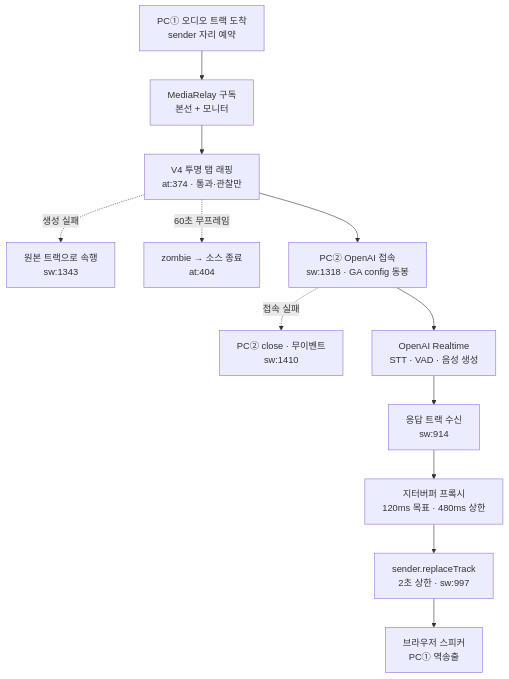
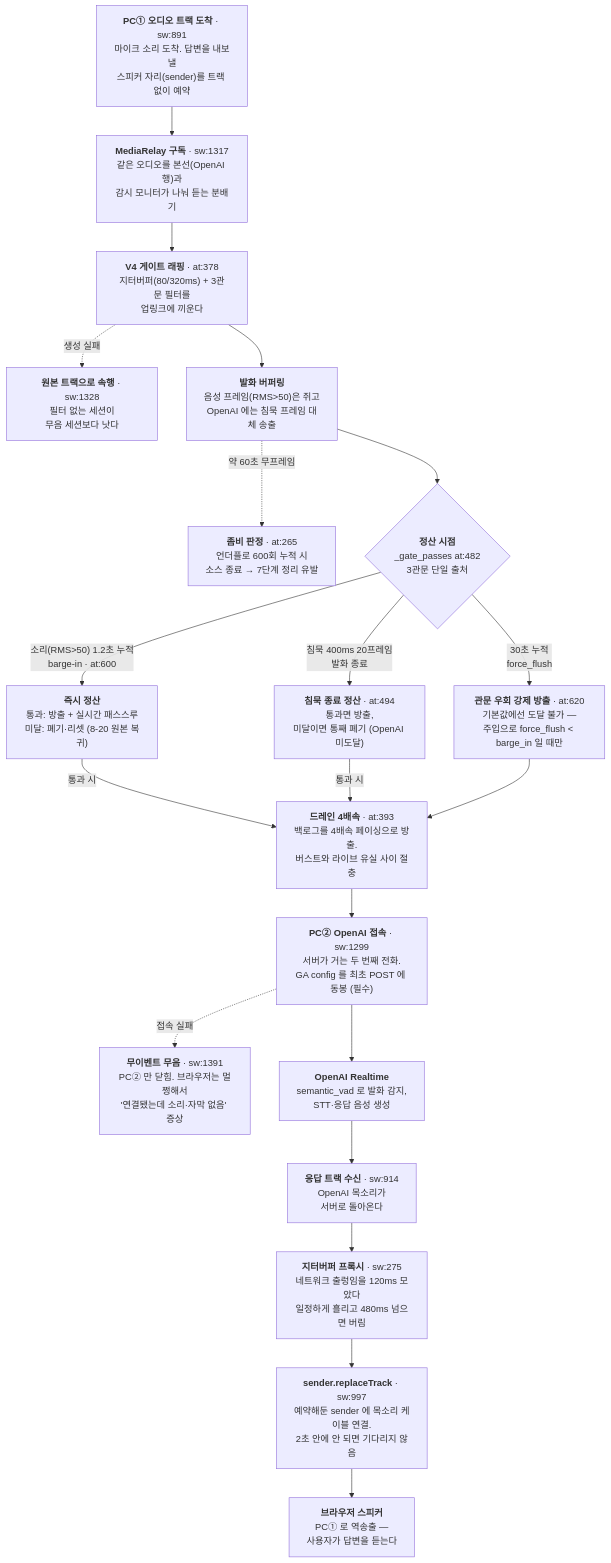
The third of 7 diagrams in 아사달/프로젝트/AI음성/AI음성 - 런타임 플로우.md (yeotaeho/asadal_obsidian), drawn with Mermaid before and after one commit. The commit also changed other lines of this file and 21 other files, not shown here.

````diff
--- a/아사달/프로젝트/AI음성/AI음성 - 런타임 플로우.md
+++ b/아사달/프로젝트/AI음성/AI음성 - 런타임 플로우.md
@@ -67,14 +82,22 @@
 ```mermaid
 flowchart TD
-    B1["PC① 오디오 트랙 도착<br/>sender 자리 예약"] --> B2["MediaRelay 구독<br/>본선 + 모니터"]
-    B2 --> B3["V4 투명 탭 래핑<br/>at:374 · 통과·관찰만"]
-    B3 -.->|"생성 실패"| Y1["원본 트랙으로 속행<br/>sw:1343"]
-    B3 -.->|"60초 무프레임"| Y2["zombie → 소스 종료<br/>at:404"]
-    B3 --> B4["PC② OpenAI 접속<br/>sw:1318 · GA config 동봉"]
-    B4 -.->|"접속 실패"| Y3["PC② close · 무이벤트<br/>sw:1410"]
-    B4 --> B5["OpenAI Realtime<br/>STT · VAD · 음성 생성"]
-    B5 --> B6["응답 트랙 수신<br/>sw:914"]
-    B6 --> B7["지터버퍼 프록시<br/>120ms 목표 · 480ms 상한"]
-    B7 --> B8["sender.replaceTrack<br/>2초 상한 · sw:997"]
-    B8 --> B9["브라우저 스피커<br/>PC① 역송출"]
+    B1["<b>PC① 오디오 트랙 도착</b> · sw:891<br/>마이크 소리 도착. 답변을 내보낼<br/>스피커 자리(sender)를 트랙 없이 예약"] --> B2["<b>MediaRelay 구독</b> · sw:1317<br/>같은 오디오를 본선(OpenAI 행)과<br/>감시 모니터가 나눠 듣는 분배기"]
+    B2 --> B3["<b>V4 게이트 래핑</b> · at:378<br/>지터버퍼(80/320ms) + 3관문 필터를<br/>업링크에 끼운다"]
+    B3 -.->|"생성 실패"| Y1["<b>원본 트랙으로 속행</b> · sw:1328<br/>필터 없는 세션이<br/>무음 세션보다 낫다"]
+    B3 --> B10["<b>발화 버퍼링</b><br/>음성 프레임(RMS>50)은 쥐고<br/>OpenAI 에는 침묵 프레임 대체 송출"]
+    B10 -.->|"약 60초 무프레임"| Y2["<b>좀비 판정</b> · at:265<br/>언더플로 600회 누적 시<br/>소스 종료 → 7단계 정리 유발"]
+    B10 --> B11{"<b>정산 시점</b><br/>_gate_passes at:482<br/>3관문 단일 출처"}
+    B11 -->|"소리(RMS>50) 1.2초 누적<br/>barge-in · at:600"| B12["<b>즉시 정산</b><br/>통과: 방출 + 실시간 패스스루<br/>미달: 폐기·리셋 (8-20 원본 복귀)"]
+    B11 -->|"침묵 400ms 20프레임<br/>발화 종료"| B13["<b>침묵 종료 정산</b> · at:494<br/>통과면 방출,<br/>미달이면 통째 폐기 (OpenAI 미도달)"]
+    B11 -->|"30초 누적<br/>force_flush"| B14["<b>관문 우회 강제 방출</b> · at:620<br/>기본값에선 도달 불가 —<br/>주입으로 force_flush < barge_in 일 때만"]
+    B12 -->|"통과 시"| B15["<b>드레인 4배속</b> · at:393<br/>백로그를 4배속 페이싱으로 방출.<br/>버스트와 라이브 유실 사이 절충"]
+    B13 -->|"통과 시"| B15
+    B14 --> B15
+    B15 --> B4["<b>PC② OpenAI 접속</b> · sw:1299<br/>서버가 거는 두 번째 전화.<br/>GA config 를 최초 POST 에 동봉 (필수)"]
+    B4 -.->|"접속 실패"| Y3["<b>무이벤트 무음</b> · sw:1391<br/>PC② 만 닫힘. 브라우저는 멀쩡해서<br/>'연결됐는데 소리·자막 없음' 증상"]
+    B4 --> B5["<b>OpenAI Realtime</b><br/>semantic_vad 로 발화 감지,<br/>STT·응답 음성 생성"]
+    B5 --> B6["<b>응답 트랙 수신</b> · sw:914<br/>OpenAI 목소리가<br/>서버로 돌아온다"]
+    B6 --> B7["<b>지터버퍼 프록시</b> · sw:275<br/>네트워크 출렁임을 120ms 모았다<br/>일정하게 흘리고 480ms 넘으면 버림"]
+    B7 --> B8["<b>sender.replaceTrack</b> · sw:997<br/>예약해둔 sender 에 목소리 케이블 연결.<br/>2초 안에 안 되면 기다리지 않음"]
+    B8 --> B9["<b>브라우저 스피커</b><br/>PC① 로 역송출 —<br/>사용자가 답변을 듣는다"]
 ```
````
